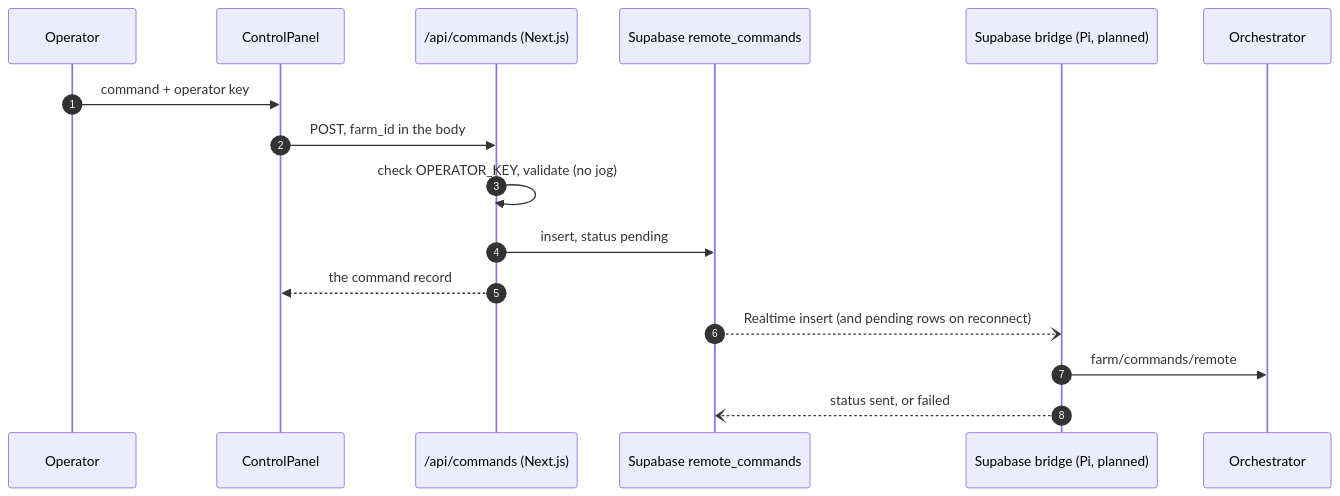
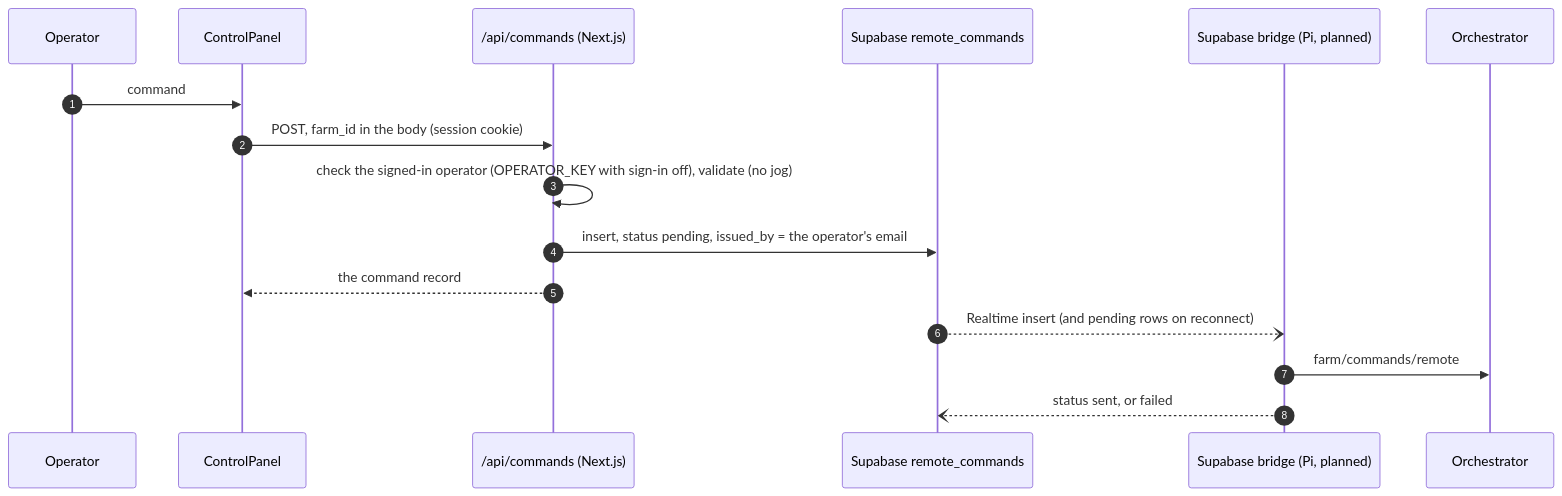
The fourth of 5 diagrams in web/docs/architecture.md (Ca1eb9/verdant-os), drawn with Mermaid before and after one commit. The commit also changed other lines of this file and 45 other files, not shown here.

````diff
--- a/web/docs/architecture.md
+++ b/web/docs/architecture.md
@@ -132,19 +132,19 @@
 ```mermaid
 sequenceDiagram
     autonumber
     participant U as Operator
     participant C as ControlPanel
     participant A as /api/commands (Next.js)
     participant S as Supabase remote_commands
     participant SB as Supabase bridge (Pi, planned)
     participant O as Orchestrator
 
-    U->>C: command + operator key
-    C->>A: POST, farm_id in the body
-    A->>A: check OPERATOR_KEY, validate (no jog)
-    A->>S: insert, status pending
+    U->>C: command
+    C->>A: POST, farm_id in the body (session cookie)
+    A->>A: check the signed-in operator (OPERATOR_KEY with sign-in off), validate (no jog)
+    A->>S: insert, status pending, issued_by = the operator's email
     A-->>C: the command record
     S--)SB: Realtime insert (and pending rows on reconnect)
     SB->>O: farm/commands/remote
     SB--)S: status sent, or failed
 ```
````
